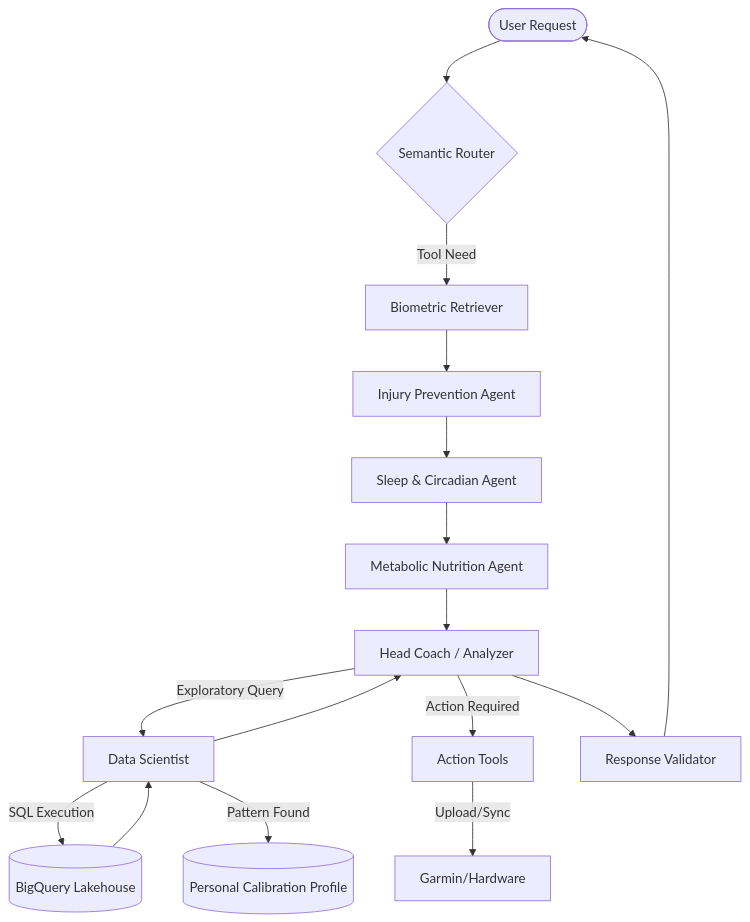
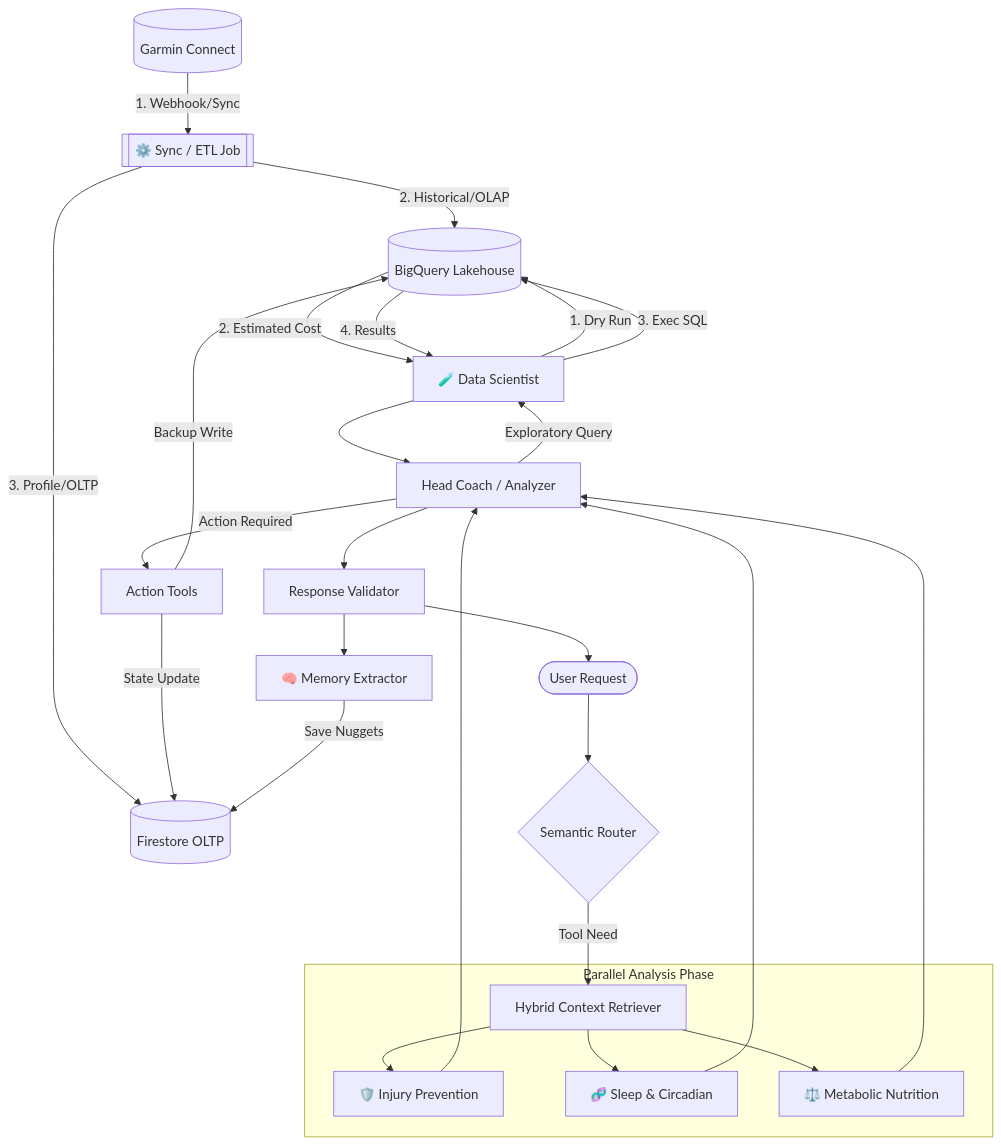
The diagram in docs/architecture-plan.md (restrok/biometric-ai-platform), drawn with Mermaid before and after one commit. The commit also changed other lines of this file and 38 other files, not shown here.

First line of the commit message:
Feat/parallel memory guardrails (#25)

````diff
--- a/docs/architecture-plan.md
+++ b/docs/architecture-plan.md
@@ -130,20 +142,36 @@
 ```mermaid
 graph TD
+    %% Data Ingestion Flow
+    Garmin[(Garmin Connect)] -- 1. Webhook/Sync --> ETL[[⚙️ Sync / ETL Job]]
+    ETL -- 2. Historical/OLAP --> BQ
+    ETL -- 3. Profile/OLTP --> FS
+
     User([User Request]) --> Router{Semantic Router}
-    Router -- Tool Need --> Retriever[Biometric Retriever]
-    Retriever --> Injury[Injury Prevention Agent]
-    Injury --> Sleep[Sleep & Circadian Agent]
-    Sleep --> Nutrition[Metabolic Nutrition Agent]
-    Nutrition --> Analyzer[Head Coach / Analyzer]
+    Router -- Tool Need --> Retriever[Hybrid Context Retriever]
     
-    Analyzer -- Exploratory Query --> DS[Data Scientist]
-    DS -- SQL Execution --> BQ[(BigQuery Lakehouse)]
-    BQ --> DS
-    DS -- Pattern Found --> PCP[(Personal Calibration Profile)]
+    subgraph Parallel Analysis Phase
+        Retriever --> Injury[🛡️ Injury Prevention]
+        Retriever --> Sleep[🧬 Sleep & Circadian]
+        Retriever --> Nutrition[⚖️ Metabolic Nutrition]
+    end
+    
+    Injury --> Analyzer[Head Coach / Analyzer]
+    Sleep --> Analyzer
+    Nutrition --> Analyzer
+    
+    Analyzer -- Exploratory Query --> DS[🧪 Data Scientist]
+    DS -- 1. Dry Run --> BQ[(BigQuery Lakehouse)]
+    BQ -- 2. Estimated Cost --> DS
+    DS -- 3. Exec SQL --> BQ
+    BQ -- 4. Results --> DS
     DS --> Analyzer
     
     Analyzer -- Action Required --> Tools[Action Tools]
-    Tools -- Upload/Sync --> Provider[Garmin/Hardware]
+    Tools -- State Update --> FS[(Firestore OLTP)]
+    Tools -- Backup Write --> BQ
+    
     Analyzer --> Validator[Response Validator]
+    Validator --> Extractor[🧠 Memory Extractor]
+    Extractor -- Save Nuggets --> FS
     Validator --> User
 ```
````
